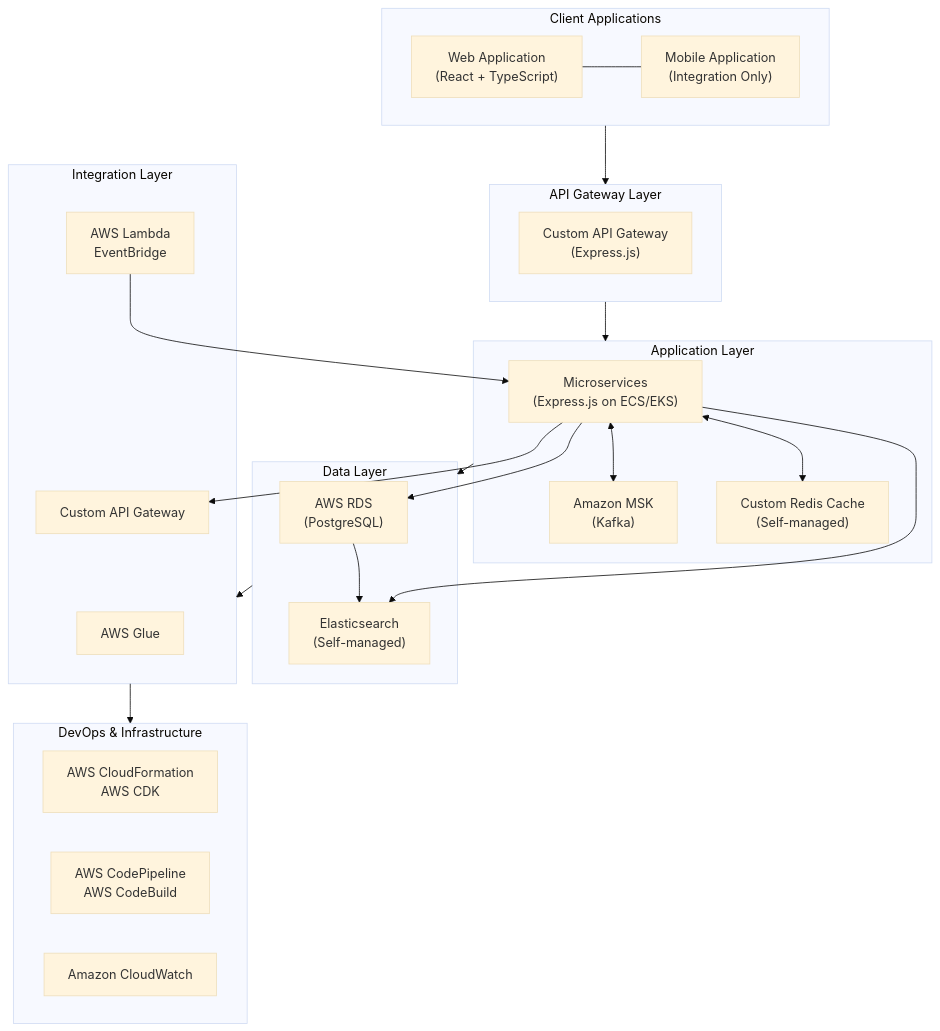
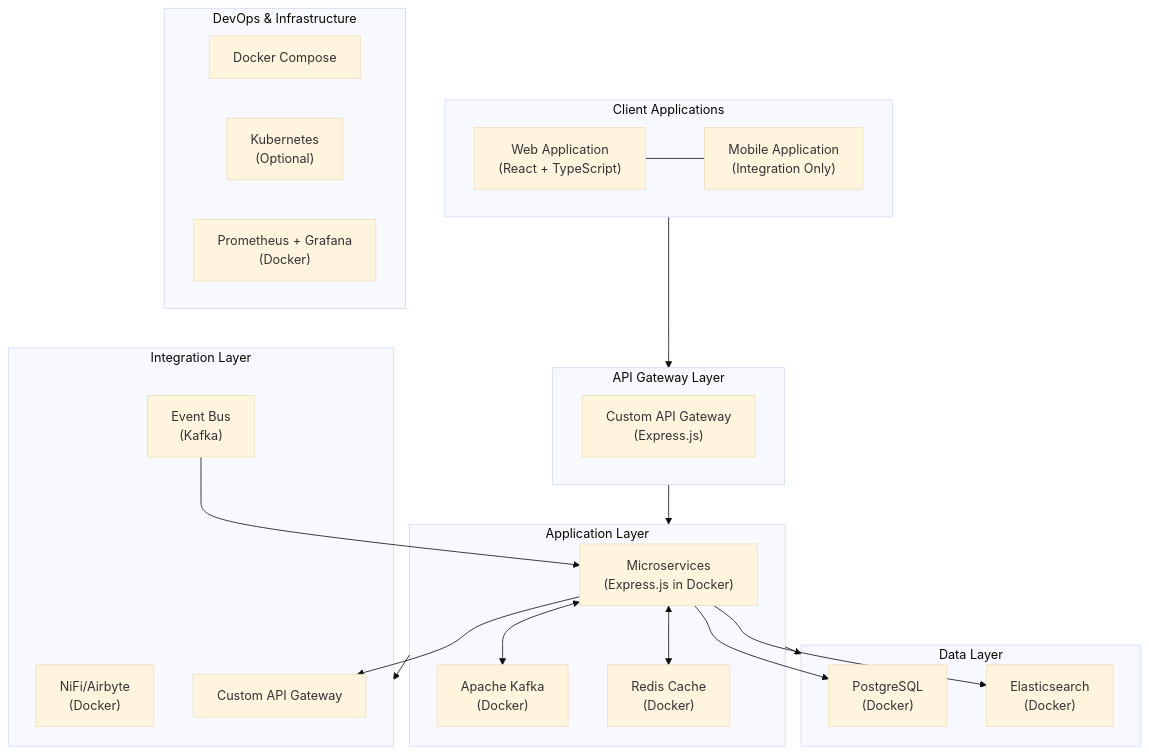
The diagram in docs/technology-stack.md (ducduy2612/CollectionCRM), drawn with Mermaid (base theme) before and after one commit. The commit also changed other lines of this file and 40 other files, not shown here.

````diff
--- a/docs/technology-stack.md
+++ b/docs/technology-stack.md
@@ -19,61 +19,59 @@
 ```mermaid
 flowchart TD
     %% Client Layer
     subgraph ClientLayer["Client Applications"]
         WebApp["Web Application\n(React + TypeScript)"]
         MobileApp["Mobile Application\n(Integration Only)"]
     end
     
     %% API Gateway Layer
     subgraph GatewayLayer["API Gateway Layer"]
         CustomGateway["Custom API Gateway\n(Express.js)"]
     end
     
     %% Application Layer
     subgraph AppLayer["Application Layer"]
-        Microservices["Microservices\n(Express.js on ECS/EKS)"]
-        MSK["Amazon MSK\n(Kafka)"]
-        Redis["Custom Redis Cache\n(Self-managed)"]
+        Microservices["Microservices\n(Express.js in Docker)"]
+        Kafka["Apache Kafka\n(Docker)"]
+        Redis["Redis Cache\n(Docker)"]
     end
     
     %% Data Layer
     subgraph DataLayer["Data Layer"]
-        RDS["AWS RDS\n(PostgreSQL)"]
-        Elastic["Elasticsearch\n(Self-managed)"]
+        PostgreSQL["PostgreSQL\n(Docker)"]
+        Elasticsearch["Elasticsearch\n(Docker)"]
     end
     
     %% Integration Layer
     subgraph IntegrationLayer["Integration Layer"]
-        Glue["AWS Glue"]
+        ETL["NiFi/Airbyte\n(Docker)"]
         CustomAPI["Custom API Gateway"]
-        Lambda["AWS Lambda\nEventBridge"]
+        EventBus["Event Bus\n(Kafka)"]
     end
     
     %% DevOps Layer
     subgraph DevOpsLayer["DevOps & Infrastructure"]
-        IaC["AWS CloudFormation\nAWS CDK"]
-        CICD["AWS CodePipeline\nAWS CodeBuild"]
-        Monitoring["Amazon CloudWatch"]
+        Docker["Docker Compose"]
+        Kubernetes["Kubernetes\n(Optional)"]
+        Monitoring["Prometheus + Grafana\n(Docker)"]
     end
     
     %% Connections between layers
     ClientLayer --> GatewayLayer
     GatewayLayer --> AppLayer
     AppLayer --> DataLayer
-    DataLayer --> IntegrationLayer
-    IntegrationLayer --> DevOpsLayer
+    AppLayer --> IntegrationLayer
     
     %% Connections within layers
     WebApp --- MobileApp
     
-    Microservices <--> MSK
+    Microservices <--> Kafka
     Microservices <--> Redis
     
-    Microservices --> RDS
-    Microservices --> Elastic
-    RDS --> Elastic
+    Microservices --> PostgreSQL
+    Microservices --> Elasticsearch
     
     %% Cross-layer connections
     Microservices --> CustomAPI
-    Lambda --> Microservices
+    EventBus --> Microservices
 ```
````
